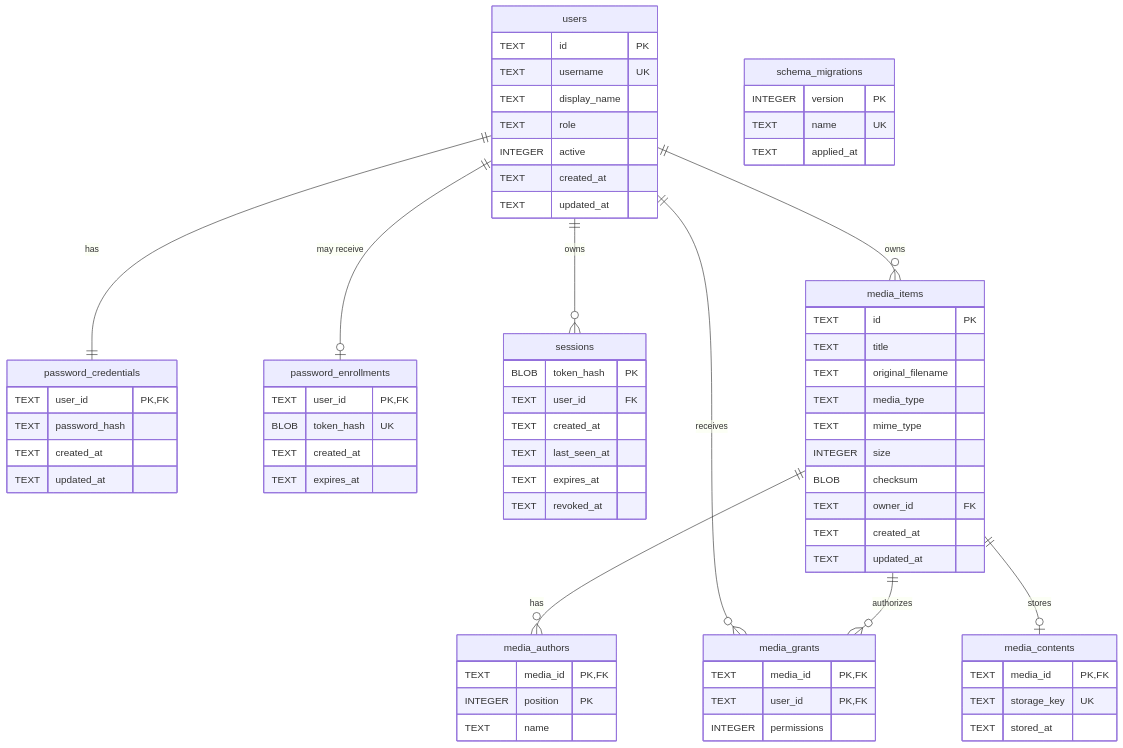
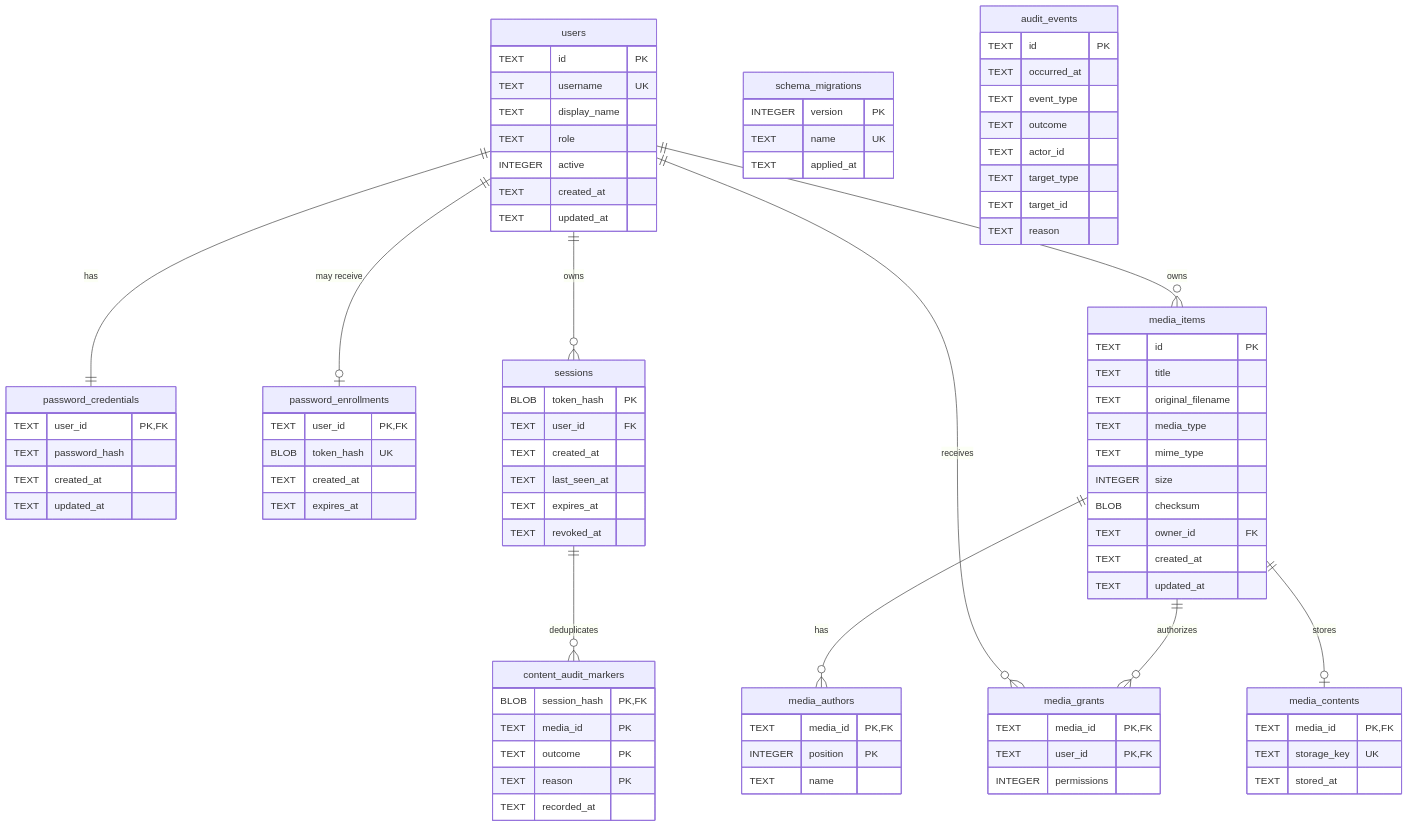
One commit to ebe542/go-mediaarchive changed the diagram in docs/database.md. Above: the diagram before and after it, drawn with Mermaid. The commit also changed other lines of this file and 13 other files, not shown here.

Commit message:
feat(content): audit session access

````diff
--- a/docs/database.md
+++ b/docs/database.md
@@ -13,6 +13,7 @@
     users ||--|| password_credentials : "has"
     users ||--o| password_enrollments : "may receive"
     users ||--o{ sessions : "owns"
+    sessions ||--o{ content_audit_markers : "deduplicates"
     users ||--o{ media_items : "owns"
     users ||--o{ media_grants : "receives"
     media_items ||--o{ media_authors : "has"
@@ -88,4 +89,23 @@
         TEXT storage_key UK
         TEXT stored_at
     }
+
+    audit_events {
+        TEXT id PK
+        TEXT occurred_at
+        TEXT event_type
+        TEXT outcome
+        TEXT actor_id
+        TEXT target_type
+        TEXT target_id
+        TEXT reason
+    }
+
+    content_audit_markers {
+        BLOB session_hash PK,FK
+        TEXT media_id PK
+        TEXT outcome PK
+        TEXT reason PK
+        TEXT recorded_at
+    }
 ```
````
